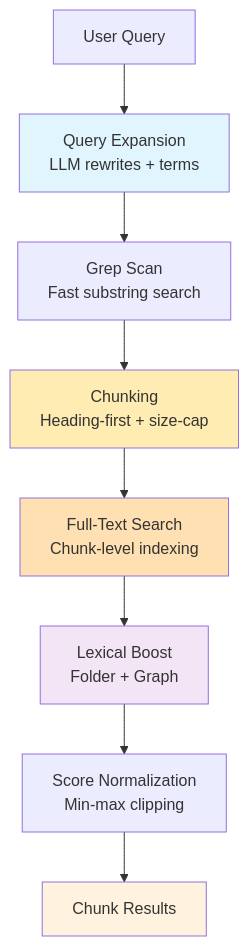
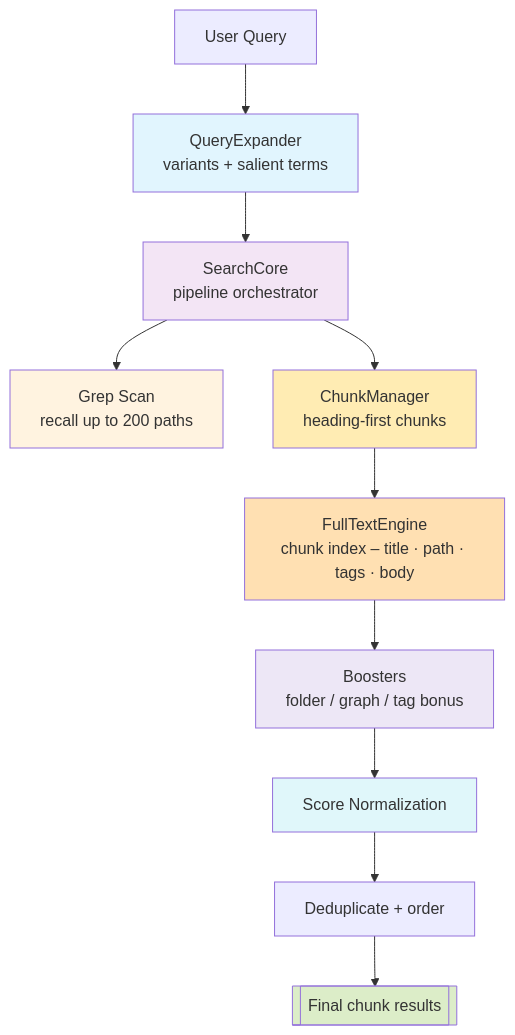
The diagram in src/search/v3/README.md (logancyang/obsidian-copilot), drawn with Mermaid before and after one commit. The commit also changed other lines of this file and 11 other files, not shown here.

First line of the commit message:
feat: Enhance TieredLexicalRetriever to support tag-based retrieval and improve search scoring

````diff
--- a/src/search/v3/README.md
+++ b/src/search/v3/README.md
@@ -7,16 +7,22 @@
 ```mermaid
 graph TD
-    A[User Query] --> B[Query Expansion<br/>LLM rewrites + terms]
-    B --> C[Grep Scan<br/>Fast substring search]
-    C --> D[Chunking<br/>Heading-first + size-cap]
-    D --> F[Full-Text Search<br/>Chunk-level indexing]
-    F --> H[Lexical Boost<br/>Folder + Graph]
-    H --> J[Score Normalization<br/>Min-max clipping]
-    J --> K[Chunk Results]
+    A[User Query] --> B[QueryExpander<br/>variants + salient terms]
+    B --> C[SearchCore<br/>pipeline orchestrator]
+
+    C --> D[Grep Scan<br/>recall up to 200 paths]
+    C --> E[ChunkManager<br/>heading-first chunks]
+    E --> F[FullTextEngine<br/>chunk index – title · path · tags · body]
+    F --> G[Boosters<br/>folder / graph / tag bonus]
+    G --> H[Score Normalization]
+    H --> I[Deduplicate + order]
+    I --> J[[Final chunk results]]
 
     style B fill:#e1f5fe
-    style D fill:#ffecb3
+    style C fill:#f3e5f5
+    style D fill:#fff3e0
+    style E fill:#ffecb3
     style F fill:#ffe0b2
-    style H fill:#f3e5f5
-    style K fill:#fff3e0
+    style G fill:#ede7f6
+    style H fill:#e0f7fa
+    style J fill:#dcedc8
 ```
````
